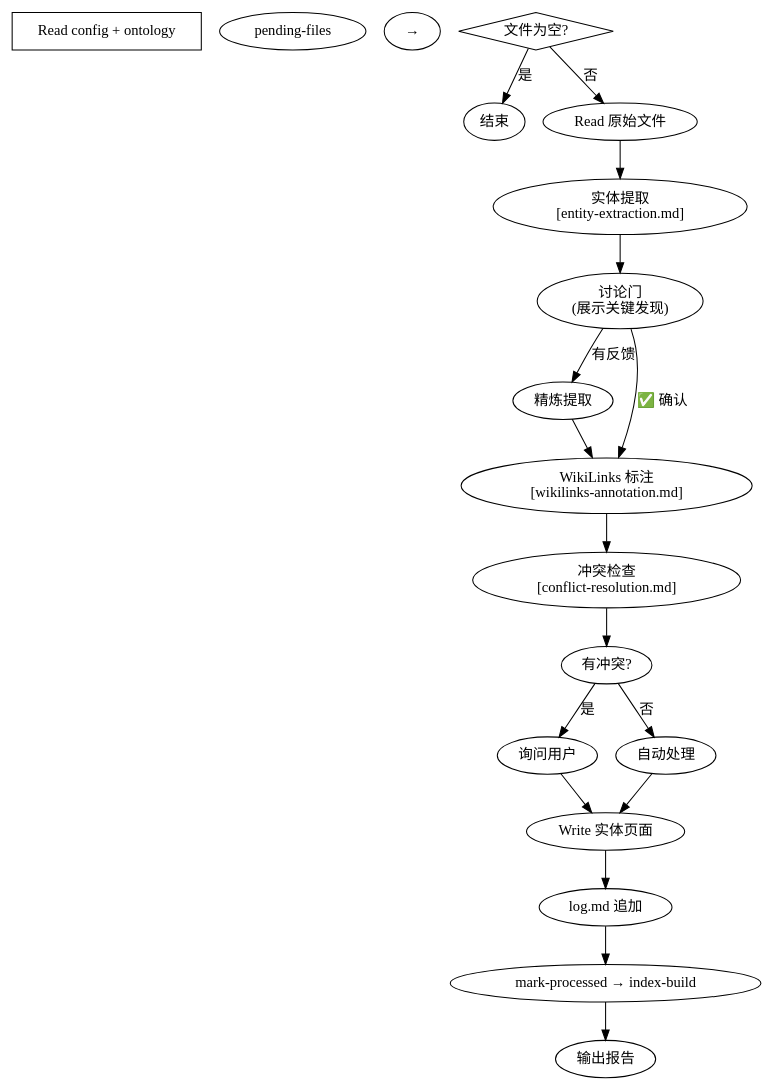
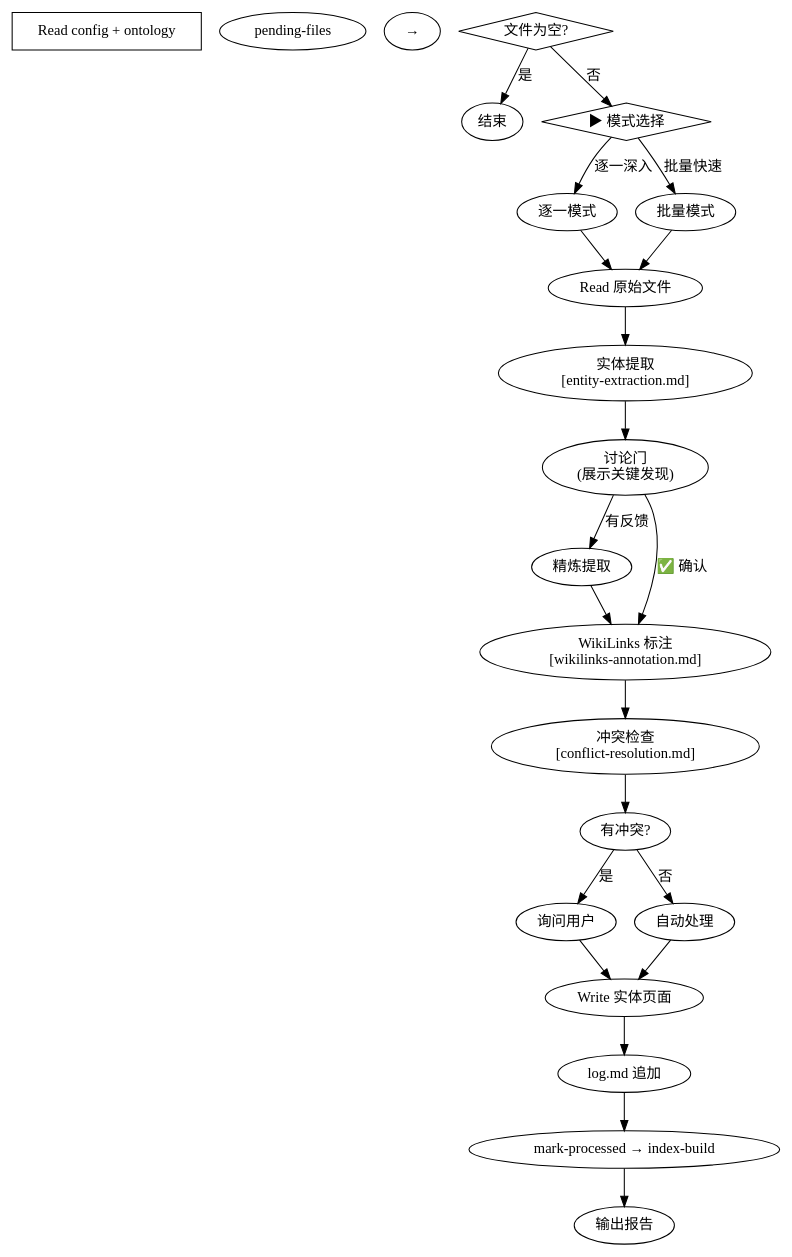
One commit to frankawp/OntoMark changed the diagram in skills/ontomark-ingest/SKILL.md. Above: the diagram before and after it, drawn with Graphviz. The commit also changed other lines of this file and 1 other file, not shown here.

````diff
--- a/skills/ontomark-ingest/SKILL.md
+++ b/skills/ontomark-ingest/SKILL.md
@@ -14,23 +14,28 @@
 ```dot
 digraph ingest_flow {
     "Read config + ontology" [shape=box];
     "pending-files" → "文件为空?" [shape=box];
     "文件为空?" [shape=diamond];
     "文件为空?" -> "结束" [label="是"];
-    "文件为空?" -> "Read 原始文件" [label="否"];
+    "文件为空?" -> "▶ 模式选择" [label="否"];
+    "▶ 模式选择" [shape=diamond];
+    "▶ 模式选择" -> "逐一模式" [label="逐一深入"];
+    "▶ 模式选择" -> "批量模式" [label="批量快速"];
+    "逐一模式" -> "Read 原始文件" [shape=box];
+    "批量模式" -> "Read 原始文件" [shape=box];
     "Read 原始文件" -> "实体提取\n[entity-extraction.md]" [shape=box];
     "实体提取\n[entity-extraction.md]" -> "讨论门\n(展示关键发现)" [shape=diamond];
     "讨论门\n(展示关键发现)" -> "精炼提取" [label="有反馈"];
     "精炼提取" -> "WikiLinks 标注\n[wikilinks-annotation.md]";
     "讨论门\n(展示关键发现)" -> "WikiLinks 标注\n[wikilinks-annotation.md]" [label="✅ 确认"];
     "WikiLinks 标注\n[wikilinks-annotation.md]" -> "冲突检查\n[conflict-resolution.md]" [shape=box];
     "冲突检查\n[conflict-resolution.md]" -> "有冲突?" [shape=diamond];
     "有冲突?" -> "询问用户" [label="是"];
     "有冲突?" -> "自动处理" [label="否"];
     "询问用户" -> "Write 实体页面";
     "自动处理" -> "Write 实体页面";
     "Write 实体页面" -> "log.md 追加";
     "log.md 追加" -> "mark-processed → index-build";
     "mark-processed → index-build" -> "输出报告" [shape=box];
 }
 ```
````
